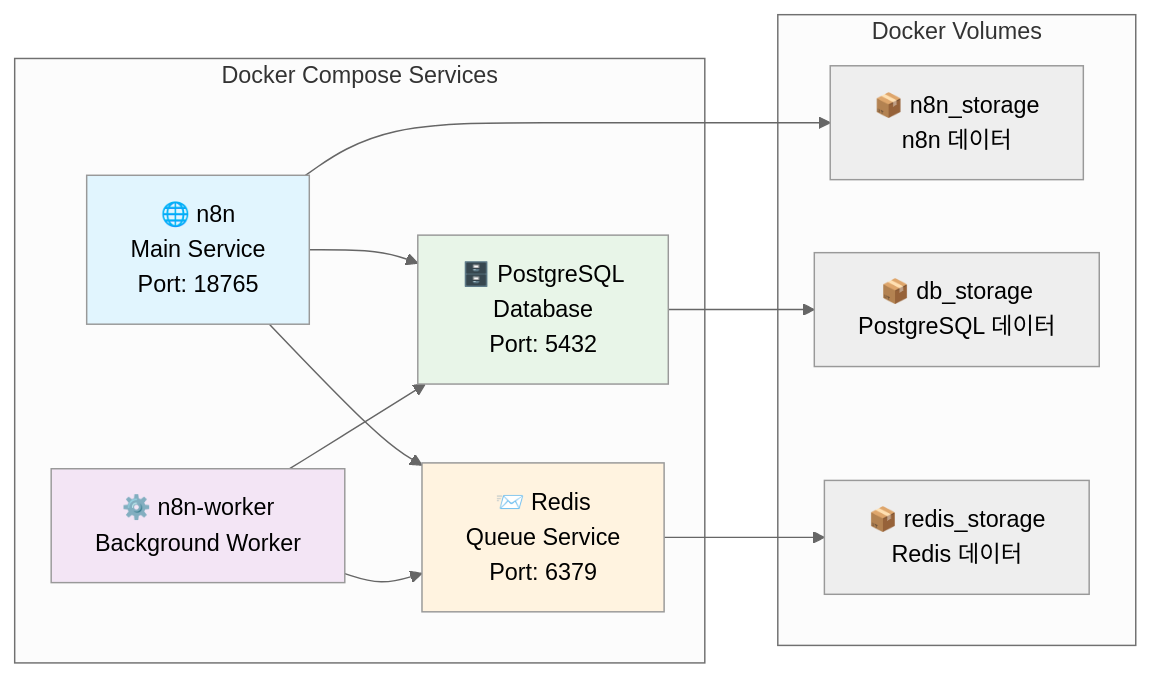
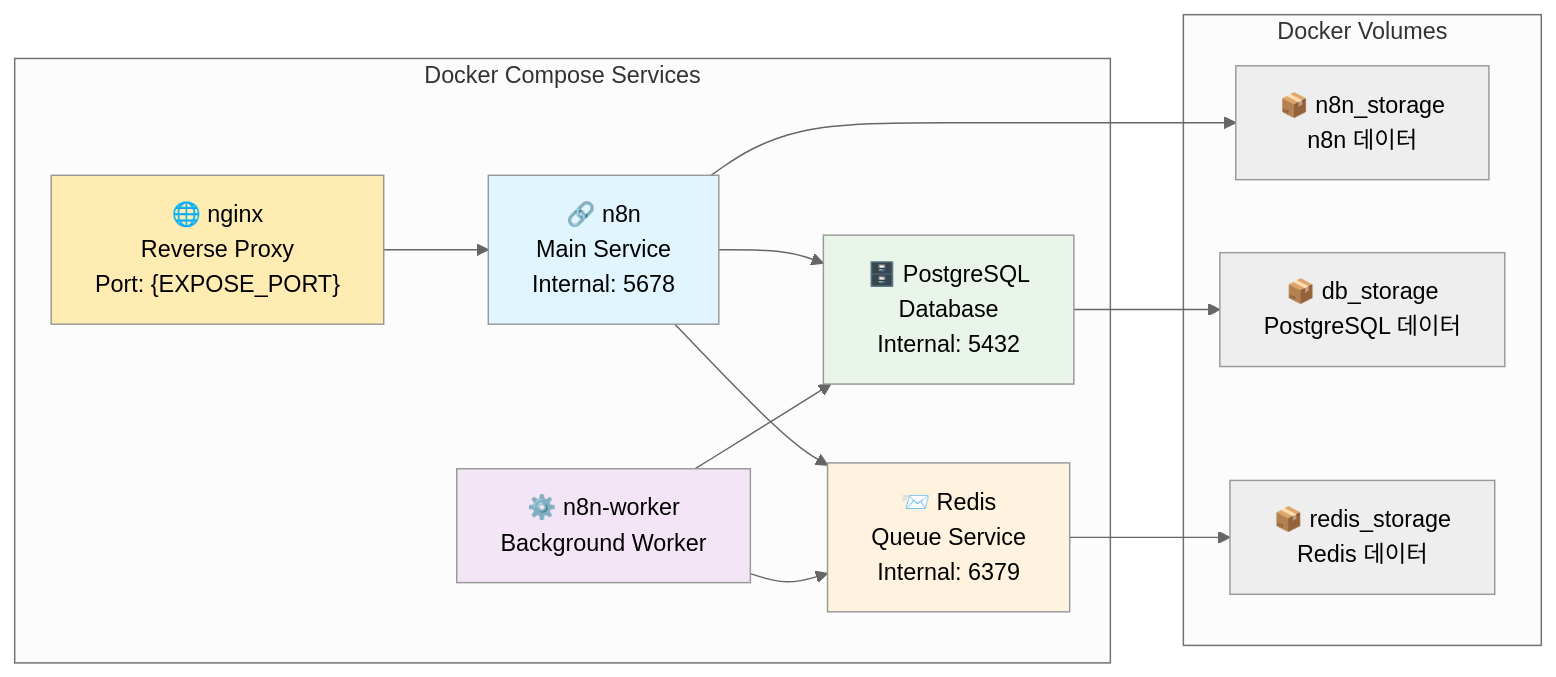
One commit to GzuPark/n8n-custom changed the fourth of 5 diagrams in README.md. Above: the diagram before and after it, drawn with Mermaid (neutral theme). The commit also changed other lines of this file and 10 other files, not shown here.

````diff
--- a/README.md
+++ b/README.md
@@ -320,29 +145,32 @@
 ```mermaid
 graph LR
     subgraph "Docker Compose Services"
-        A["🌐 n8n<br/>Main Service<br/>Port: 18765"]
-        B["⚙️ n8n-worker<br/>Background Worker"]
-        C["📨 Redis<br/>Queue Service<br/>Port: 6379"]
-        D["🗄️ PostgreSQL<br/>Database<br/>Port: 5432"]
+        A["🌐 nginx<br/>Reverse Proxy<br/>Port: {EXPOSE_PORT}"]
+        B["🔗 n8n<br/>Main Service<br/>Internal: 5678"]
+        C["⚙️ n8n-worker<br/>Background Worker"]
+        D["📨 Redis<br/>Queue Service<br/>Internal: 6379"]
+        E["🗄️ PostgreSQL<br/>Database<br/>Internal: 5432"]
     end
     
     subgraph "Docker Volumes"
         V1["📦 n8n_storage<br/>n8n 데이터"]
         V2["📦 db_storage<br/>PostgreSQL 데이터"]
         V3["📦 redis_storage<br/>Redis 데이터"]
     end
     
-    A --> C
-    B --> C
-    A --> D
+    A --> B
     B --> D
+    C --> D
+    B --> E
+    C --> E
     
-    A --> V1
-    D --> V2
-    C --> V3
+    B --> V1
+    E --> V2
+    D --> V3
     
-    style A fill:#e1f5fe
-    style B fill:#f3e5f5
-    style C fill:#fff3e0
-    style D fill:#e8f5e8
+    style A fill:#ffecb3
+    style B fill:#e1f5fe
+    style C fill:#f3e5f5
+    style D fill:#fff3e0
+    style E fill:#e8f5e8
 ```
````
